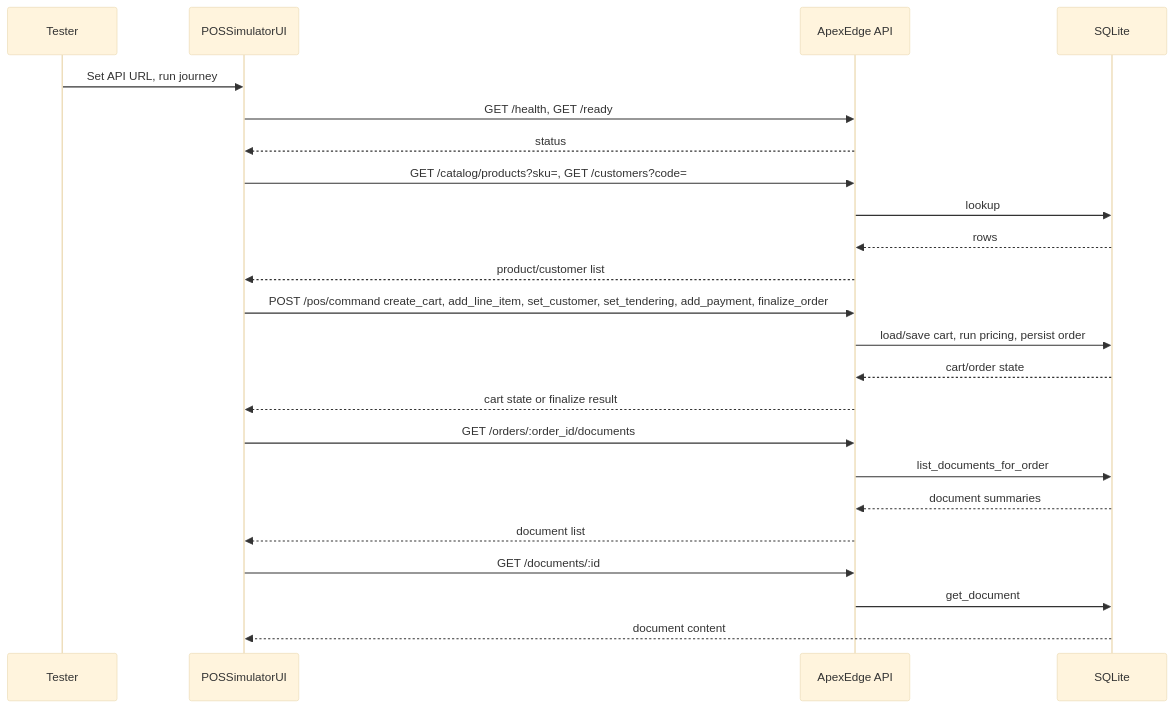
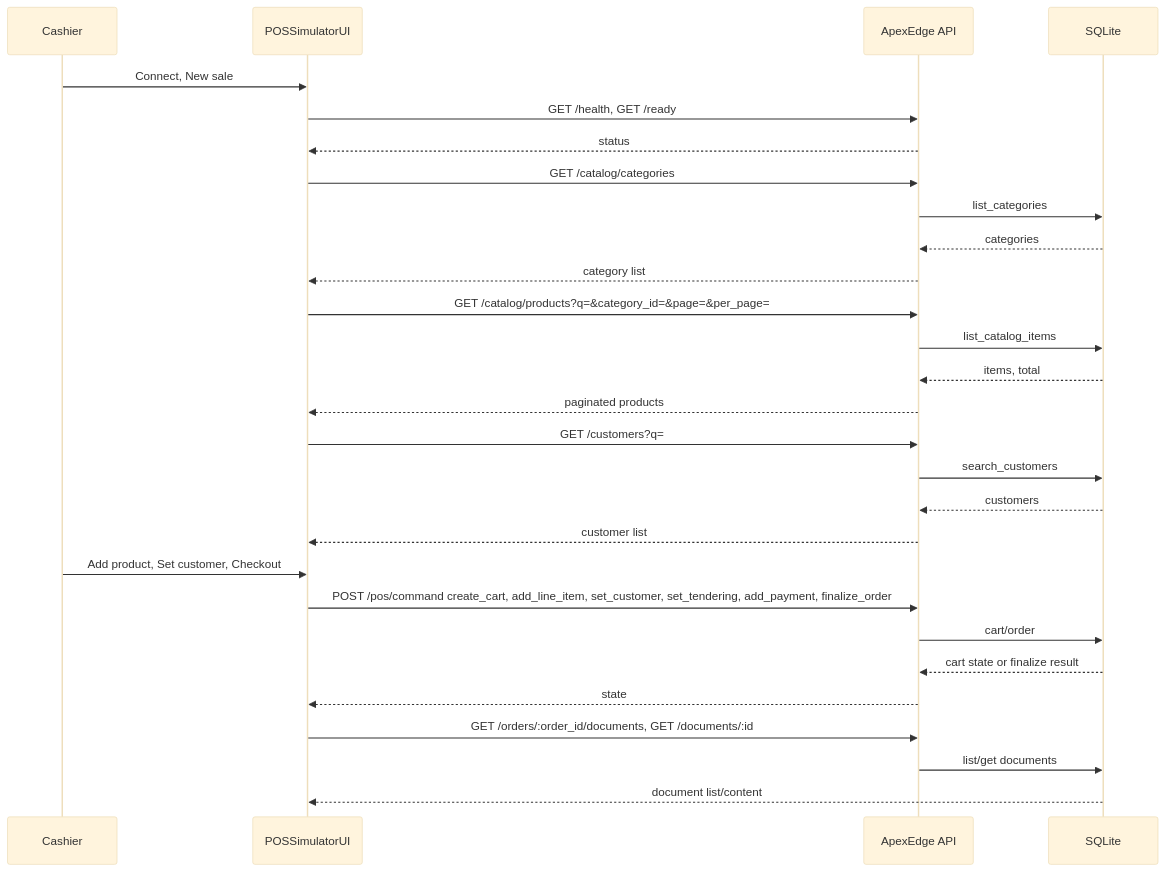
One commit to AncientiCe/apex-edge changed the ninth of 9 diagrams in docs/architecture/README.md. Above: the diagram before and after it, drawn with Mermaid (base theme). The commit also changed other lines of this file and 36 other files, not shown here.

````diff
--- a/docs/architecture/README.md
+++ b/docs/architecture/README.md
@@ -247,25 +256,30 @@
 ```mermaid
 sequenceDiagram
-    participant Tester as Tester
+    participant User as Cashier
     participant UI as POSSimulatorUI
     participant API as ApexEdge API
     participant Storage as SQLite
-    Tester->>UI: Set API URL, run journey
+    User->>UI: Connect, New sale
     UI->>API: GET /health, GET /ready
     API-->>UI: status
-    UI->>API: GET /catalog/products?sku=, GET /customers?code=
-    API->>Storage: lookup
-    Storage-->>API: rows
-    API-->>UI: product/customer list
+    UI->>API: GET /catalog/categories
+    API->>Storage: list_categories
+    Storage-->>API: categories
+    API-->>UI: category list
+    UI->>API: GET /catalog/products?q=&category_id=&page=&per_page=
+    API->>Storage: list_catalog_items
+    Storage-->>API: items, total
+    API-->>UI: paginated products
+    UI->>API: GET /customers?q=
+    API->>Storage: search_customers
+    Storage-->>API: customers
+    API-->>UI: customer list
+    User->>UI: Add product, Set customer, Checkout
     UI->>API: POST /pos/command create_cart, add_line_item, set_customer, set_tendering, add_payment, finalize_order
-    API->>Storage: load/save cart, run pricing, persist order
-    Storage-->>API: cart/order state
-    API-->>UI: cart state or finalize result
-    UI->>API: GET /orders/:order_id/documents
-    API->>Storage: list_documents_for_order
-    Storage-->>API: document summaries
-    API-->>UI: document list
-    UI->>API: GET /documents/:id
-    API->>Storage: get_document
-    Storage-->>UI: document content
+    API->>Storage: cart/order
+    Storage-->>API: cart state or finalize result
+    API-->>UI: state
+    UI->>API: GET /orders/:order_id/documents, GET /documents/:id
+    API->>Storage: list/get documents
+    Storage-->>UI: document list/content
 ```
````
